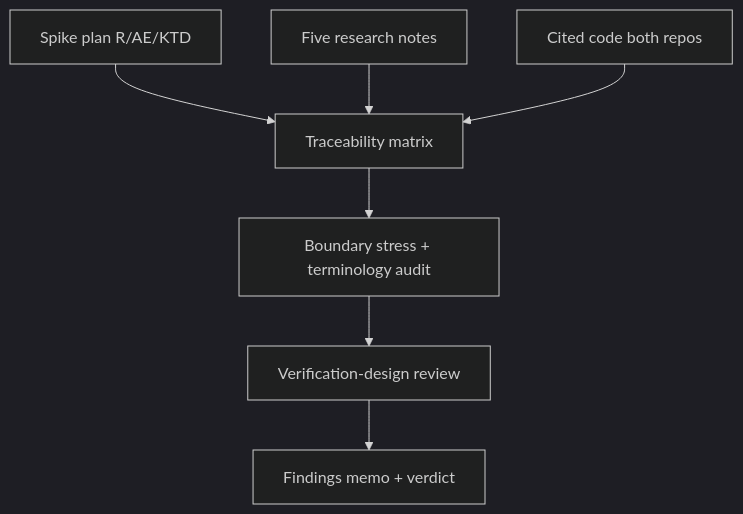
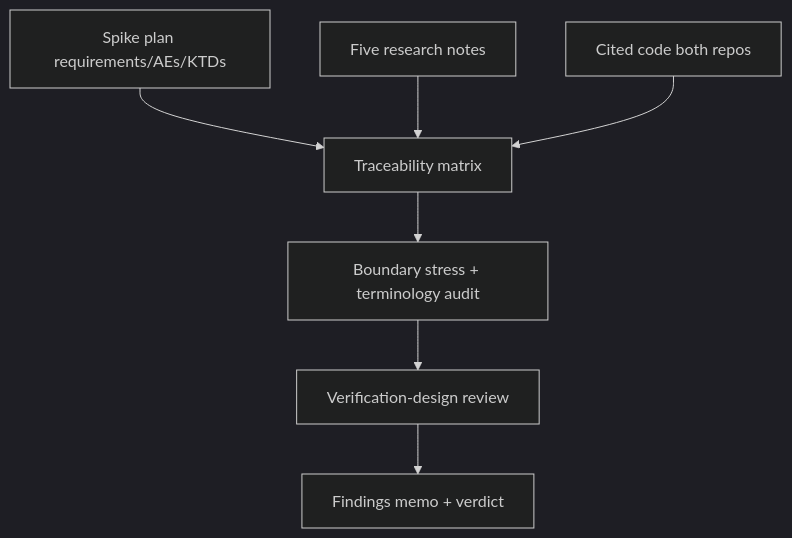
The diagram in docs/plans/2026-09-15-1434-chore-direction2-crosscheck-audit-plan.md (billf/convex-backend), drawn with Mermaid (dark theme) before and after one commit. The commit also changed other lines of this file and 2 other files, not shown here.

````diff
--- a/docs/plans/2026-09-15-1434-chore-direction2-crosscheck-audit-plan.md
+++ b/docs/plans/2026-09-15-1434-chore-direction2-crosscheck-audit-plan.md
@@ -91,9 +91,9 @@
 ```mermaid
 flowchart TB
-  P[Spike plan R/AE/KTD] --> M[Traceability matrix]
+  P[Spike plan requirements/AEs/KTDs] --> M[Traceability matrix]
   R5[Five research notes] --> M
   C[Cited code both repos] --> M
   M --> B[Boundary stress + terminology audit]
   B --> V[Verification-design review]
   V --> O[Findings memo + verdict]
 ```
````
